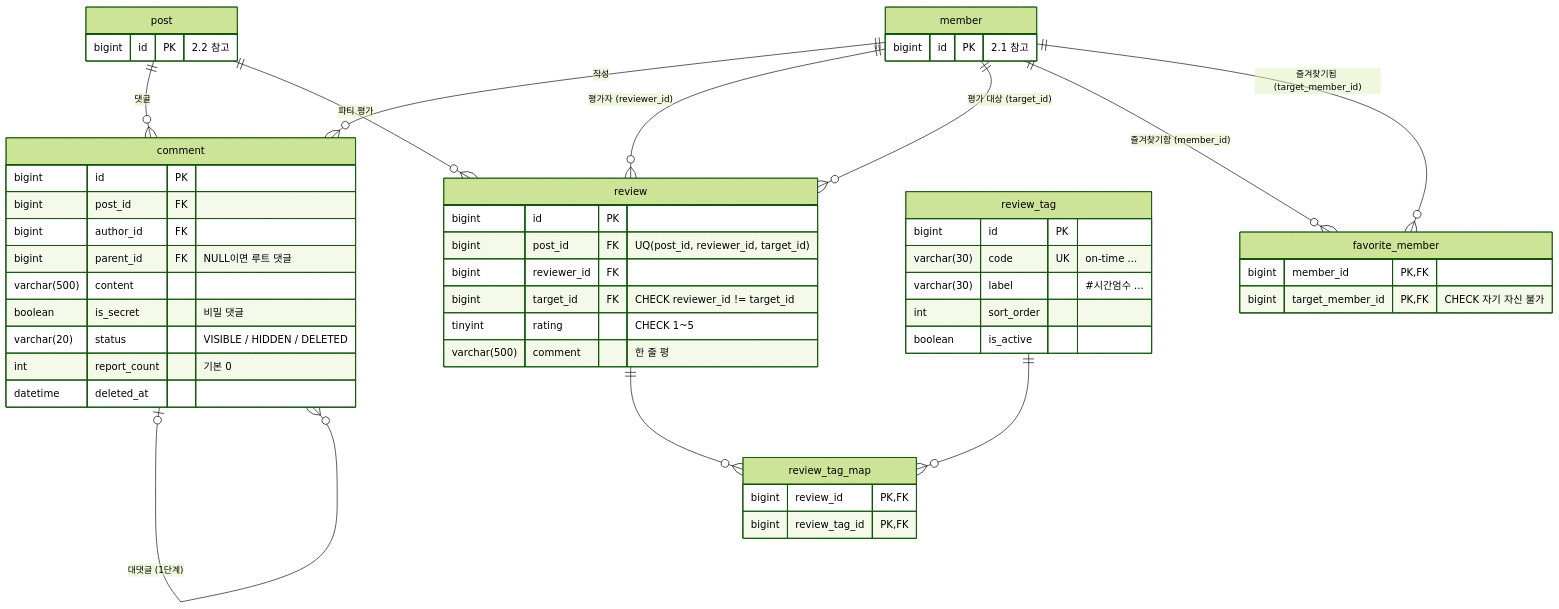
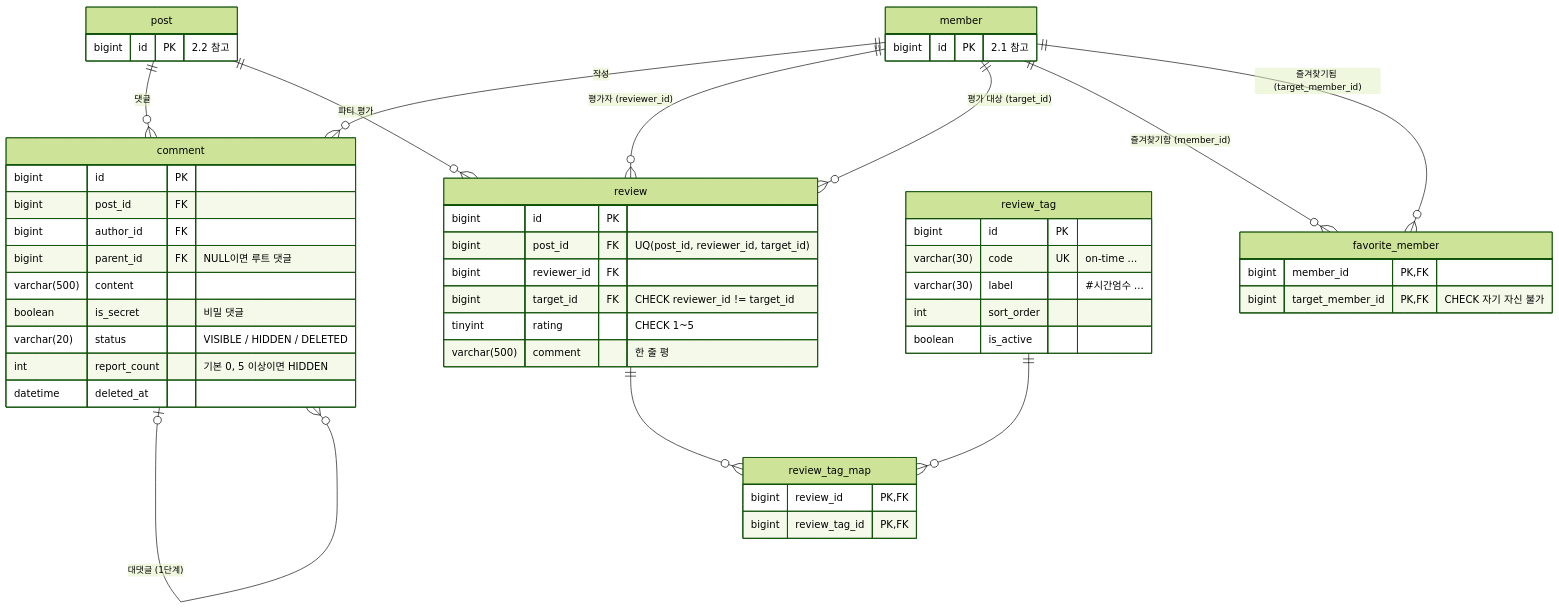
The fourth of 6 diagrams in docs/04-erd.md (likelion-backendschool-11st/basic-project-2team), drawn with Mermaid (forest theme) before and after one commit. The commit also changed other lines of this file and 8 other files, not shown here.

````diff
--- a/docs/04-erd.md
+++ b/docs/04-erd.md
@@ -289,60 +301,60 @@
 ```mermaid
 erDiagram
     post ||--o{ comment : "댓글"
     member ||--o{ comment : "작성"
     comment |o--o{ comment : "대댓글 (1단계)"
     post ||--o{ review : "파티 평가"
     member ||--o{ review : "평가자 (reviewer_id)"
     member ||--o{ review : "평가 대상 (target_id)"
     review ||--o{ review_tag_map : ""
     review_tag ||--o{ review_tag_map : ""
     member ||--o{ favorite_member : "즐겨찾기함 (member_id)"
     member ||--o{ favorite_member : "즐겨찾기됨 (target_member_id)"
 
     comment {
         bigint id PK
         bigint post_id FK
         bigint author_id FK
         bigint parent_id FK "NULL이면 루트 댓글"
         varchar(500) content
         boolean is_secret "비밀 댓글"
         varchar(20) status "VISIBLE / HIDDEN / DELETED"
-        int report_count "기본 0"
+        int report_count "기본 0, 5 이상이면 HIDDEN"
         datetime deleted_at
     }
 
     review {
         bigint id PK
         bigint post_id FK "UQ(post_id, reviewer_id, target_id)"
         bigint reviewer_id FK
         bigint target_id FK "CHECK reviewer_id != target_id"
         tinyint rating "CHECK 1~5"
         varchar(500) comment "한 줄 평"
     }
 
     review_tag {
         bigint id PK
         varchar(30) code UK "on-time ..."
         varchar(30) label "#시간엄수 ..."
         int sort_order
         boolean is_active
     }
 
     review_tag_map {
         bigint review_id PK, FK
         bigint review_tag_id PK, FK
     }
 
     favorite_member {
         bigint member_id PK, FK
         bigint target_member_id PK, FK "CHECK 자기 자신 불가"
     }
 
     post {
         bigint id PK "2.2 참고"
     }
 
     member {
         bigint id PK "2.1 참고"
     }
 ```
````
